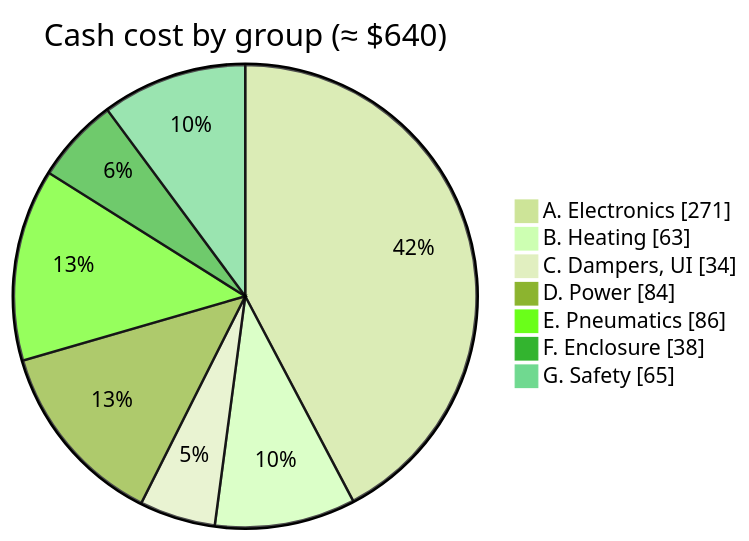
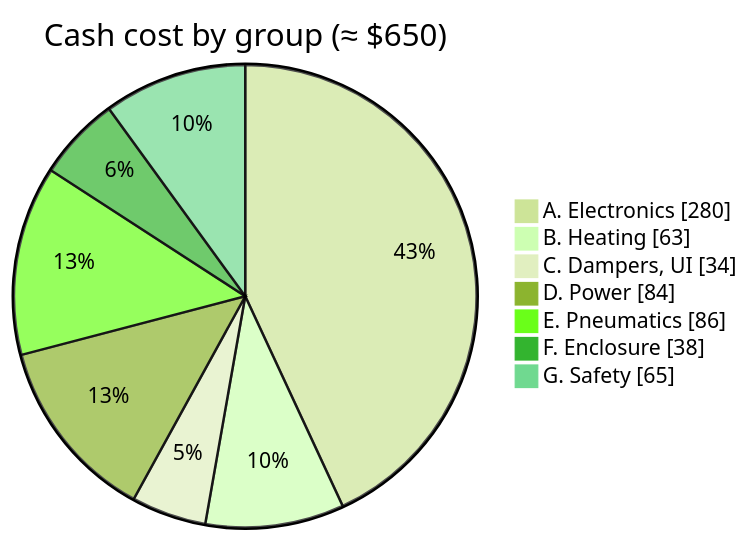
Before and after one commit to BashfulBits/3dp-fleet-exhaust: the diagram in docs/03_bill_of_materials.md, drawn with Mermaid (forest theme). The commit also changed other lines of this file and 7 other files, not shown here.

````diff
--- a/docs/03_bill_of_materials.md
+++ b/docs/03_bill_of_materials.md
@@ -28,11 +28,11 @@
 ```mermaid
 pie showData
-  title Cash cost by group (≈ $640)
-  "A. Electronics" : 271
+  title Cash cost by group (≈ $650)
+  "A. Electronics" : 280
   "B. Heating" : 63
   "C. Dampers, UI" : 34
   "D. Power" : 84
   "E. Pneumatics" : 86
   "F. Enclosure" : 38
   "G. Safety" : 65
 ```
````
